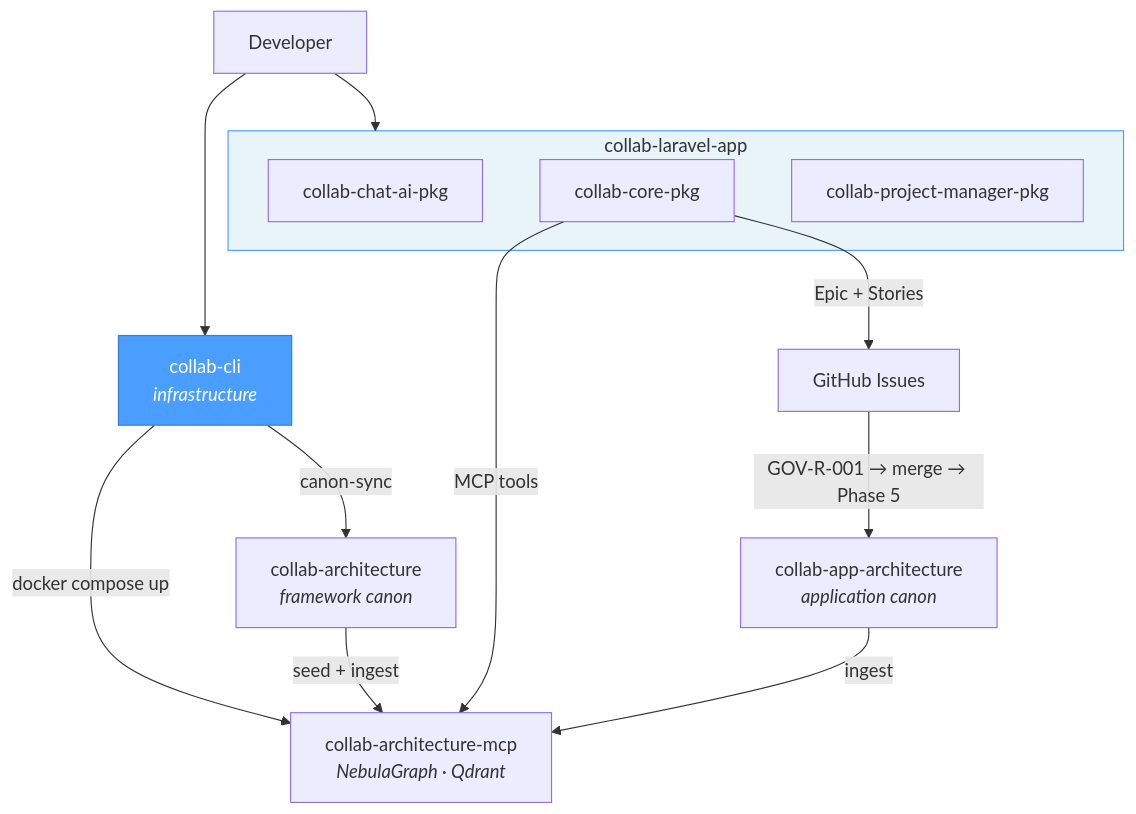
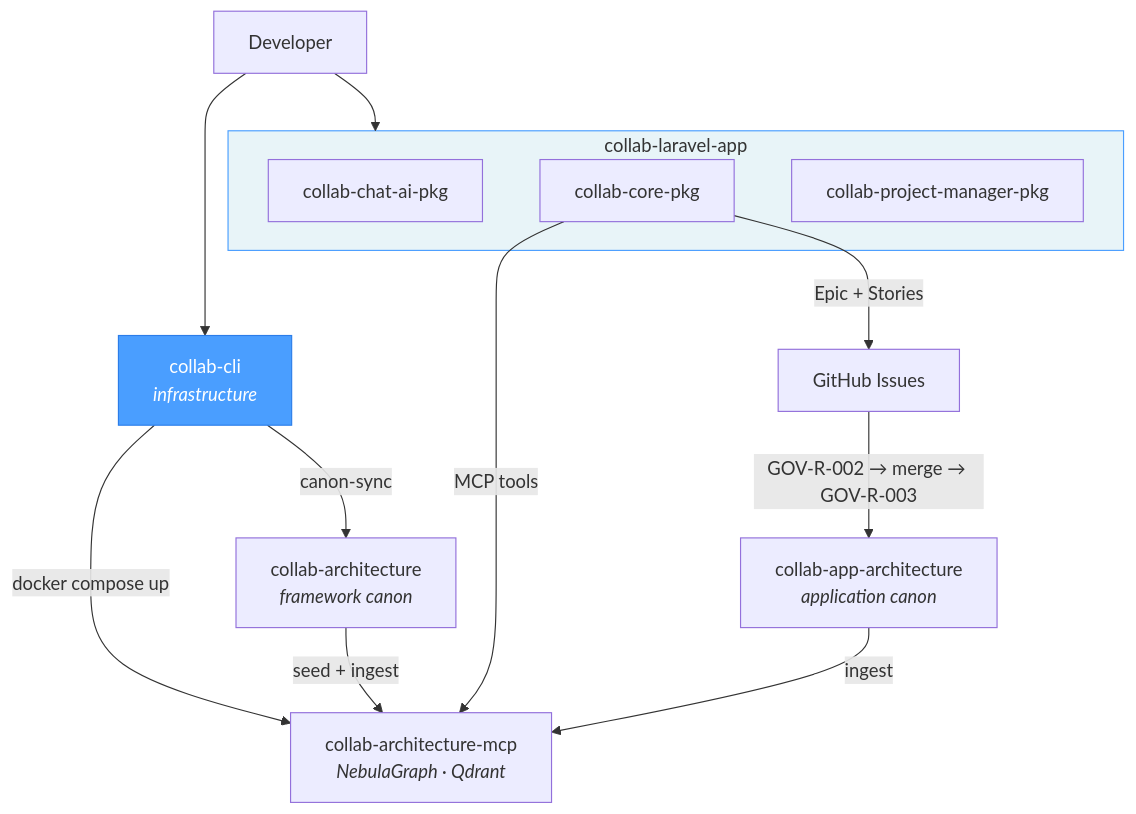
Before and after one commit to uxmaltech/collab-cli: the diagram in README.md, drawn with Mermaid.

Commit message:
docs: fix governance label in ecosystem diagram
Changed GOV-R-001 → Phase 5 to the correct GOV-R-002 → merge → GOV-R-003
to align with the canonical three-process lifecycle.

````diff
--- a/README.md
+++ b/README.md
@@ -7,24 +7,24 @@
 ```mermaid
 graph TD
     DEV[Developer] --> CLI[collab-cli<br><i>infrastructure</i>]
 
     subgraph APP["collab-laravel-app"]
         CHAT[collab-chat-ai-pkg]
         CORE[collab-core-pkg]
         PM[collab-project-manager-pkg]
     end
 
     DEV --> APP
 
     CLI -- canon-sync --> CA[collab-architecture<br><i>framework canon</i>]
     CLI -- docker compose up --> MCP[collab-architecture-mcp<br><i>NebulaGraph · Qdrant</i>]
     CA -- seed + ingest --> MCP
 
     CORE -- MCP tools --> MCP
     CORE -- "Epic + Stories" --> GH[GitHub Issues]
-    GH -- "GOV-R-001 → merge → Phase 5" --> BCA[collab-app-architecture<br><i>application canon</i>]
+    GH -- "GOV-R-002 → merge → GOV-R-003" --> BCA[collab-app-architecture<br><i>application canon</i>]
     BCA -- ingest --> MCP
 
     style CLI fill:#4a9eff,stroke:#2b7de9,color:#fff
     style APP fill:#e8f4f8,stroke:#4a9eff
 ```
````
